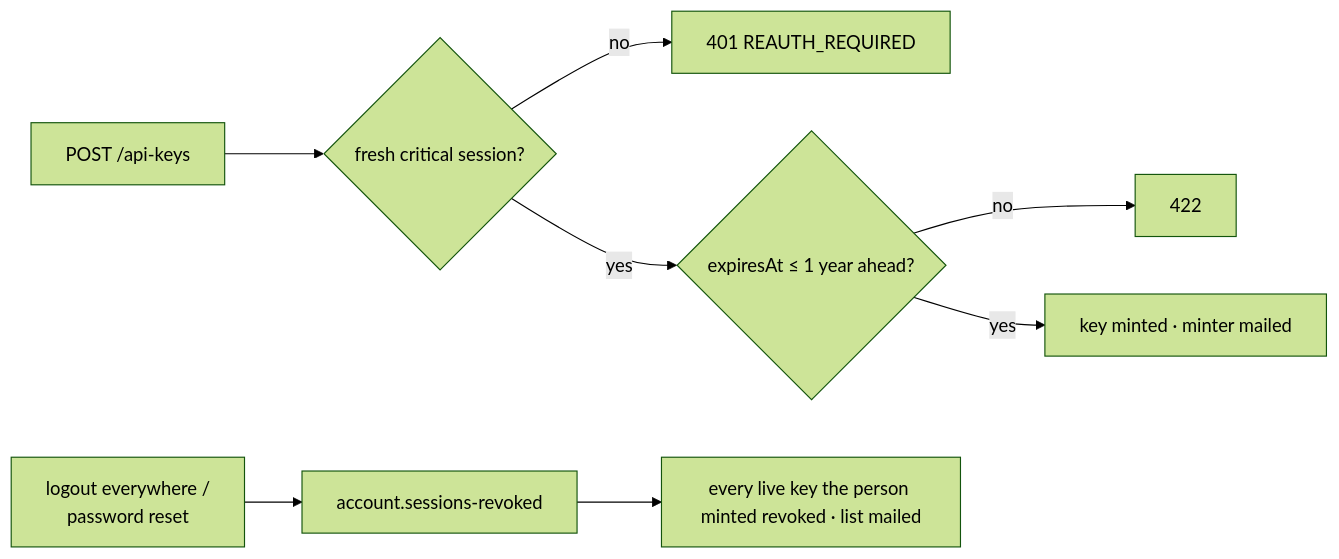
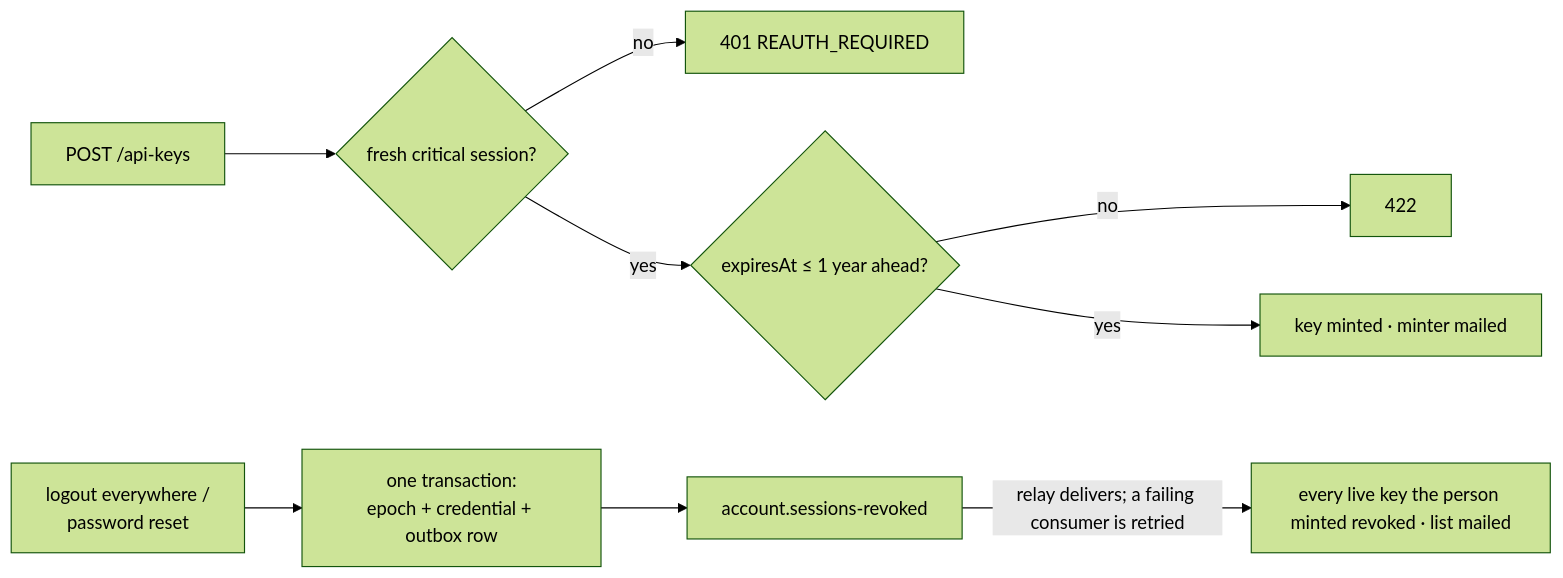
Before and after one commit to Guebbit/boilerplate-node-backend: the third of 3 diagrams in docs/modules/api-keys.md, drawn with Mermaid (forest theme). The commit also changed other lines of this file and 8 other files, not shown here.

First line of the commit message:
fix(account): send sessions-revoked through the outbox, with the credential write

````diff
--- a/docs/modules/api-keys.md
+++ b/docs/modules/api-keys.md
@@ -84,10 +84,11 @@
 ```mermaid
 flowchart LR
     M["POST /api-keys"] --> F{"fresh critical session?"}
     F -->|no| R["401 REAUTH_REQUIRED"]
     F -->|yes| E{"expiresAt ≤ 1 year ahead?"}
     E -->|no| U["422"]
     E -->|yes| K["key minted · minter mailed"]
-    L["logout everywhere /<br/>password reset"] --> V["account.sessions-revoked"]
-    V --> X["every live key the person minted revoked · list mailed"]
+    L["logout everywhere /<br/>password reset"] --> T["one transaction:<br/>epoch + credential + outbox row"]
+    T --> V["account.sessions-revoked"]
+    V -->|"relay delivers; a failing consumer is retried"| X["every live key the person minted revoked · list mailed"]
 ```
````
